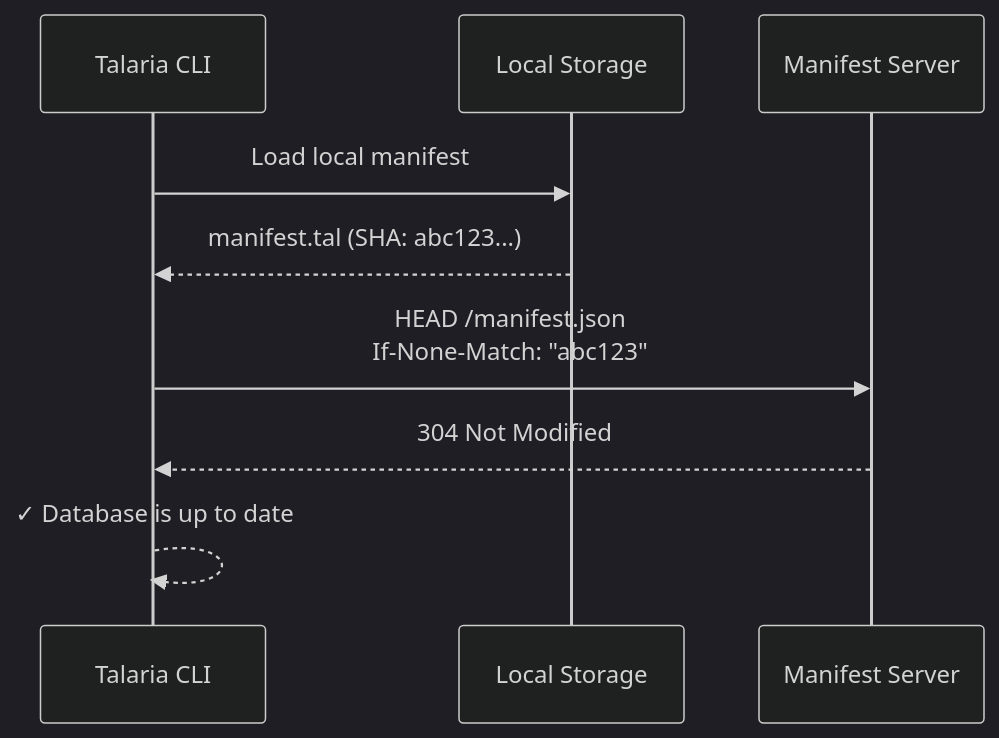
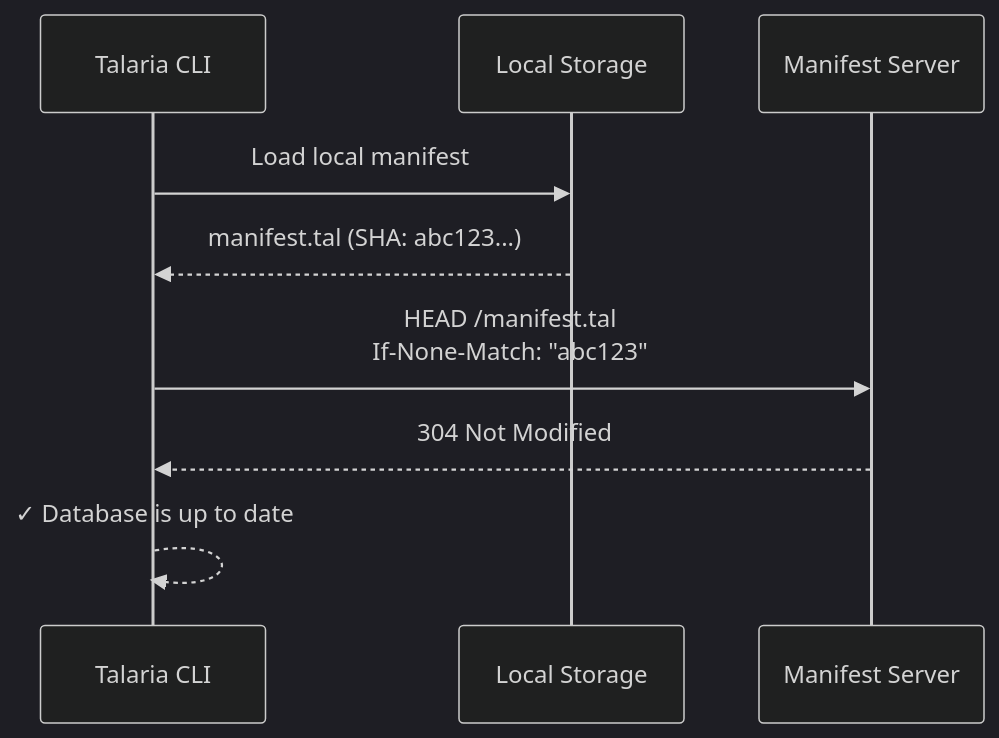
The second of 6 diagrams in docs/src/sequoia/workflows.md (bfowle/talaria), drawn with Mermaid (dark theme) before and after one commit. The commit also changed other lines of this file and 290 other files, not shown here.

````diff
--- a/docs/src/sequoia/workflows.md
+++ b/docs/src/sequoia/workflows.md
@@ -127,12 +127,12 @@
 ```mermaid
 sequenceDiagram
     participant CLI as Talaria CLI
     participant Local as Local Storage
     participant Server as Manifest Server
 
     CLI->>Local: Load local manifest
     Local-->>CLI: manifest.tal (SHA: abc123...)
-    CLI->>Server: HEAD /manifest.json<br/>If-None-Match: "abc123"
+    CLI->>Server: HEAD /manifest.tal<br/>If-None-Match: "abc123"
     Server-->>CLI: 304 Not Modified
     CLI-->>CLI: ✓ Database is up to date
 ```
````
